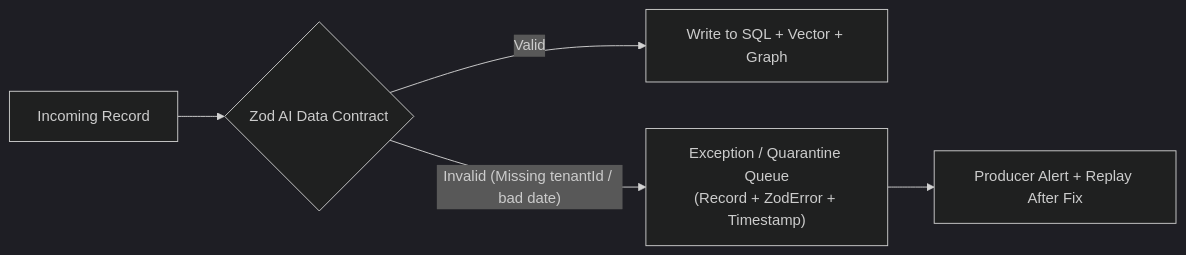
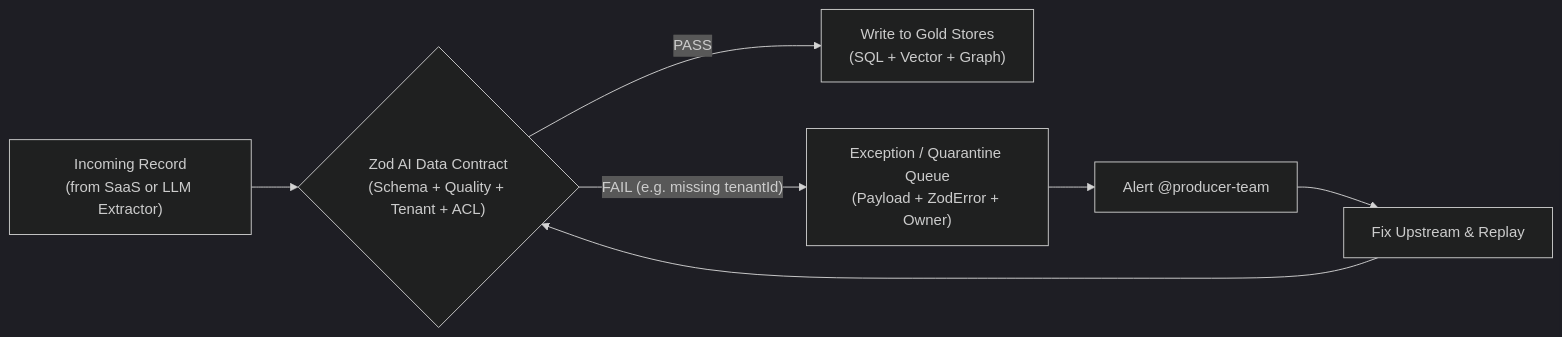
The first of 2 diagrams in Lecture 25 - AI Data Contracts and Lakehouse Lifecycle/notes/02_AI_Data_Contracts_and_Exception_Queues.md (Amie-dev/FDE-and-GenAI-Mastery), drawn with Mermaid (dark theme) before and after one commit. The commit also changed other lines of this file and 92 other files, not shown here.

````diff
--- a/Lecture 25 - AI Data Contracts and Lakehouse Lifecycle/notes/02_AI_Data_Contracts_and_Exception_Queues.md
+++ b/Lecture 25 - AI Data Contracts and Lakehouse Lifecycle/notes/02_AI_Data_Contracts_and_Exception_Queues.md
@@ -33,7 +36,9 @@
 ```mermaid
 flowchart LR
-    In["Incoming Record"] --> Gate{"Zod AI Data Contract"}
-    Gate -->|"Valid"| Index["Write to SQL + Vector + Graph"]
-    Gate -->|"Invalid (Missing tenantId / bad date)"| DLQ["Exception / Quarantine Queue<br/>(Record + ZodError + Timestamp)"]
-    DLQ --> Alert["Producer Alert + Replay After Fix"]
+    In["Incoming Record<br/>(from SaaS or LLM Extractor)"] --> Gate{"Zod AI Data Contract<br/>(Schema + Quality + Tenant + ACL)"}
+    Gate -->|"PASS"| Index["Write to Gold Stores<br/>(SQL + Vector + Graph)"]
+    Gate -->|"FAIL (e.g. missing tenantId)"| DLQ["Exception / Quarantine Queue<br/>(Payload + ZodError + Owner)"]
+    DLQ --> Alert["Alert @producer-team"]
+    Alert --> Replay["Fix Upstream & Replay"]
+    Replay --> Gate
 ```
````
